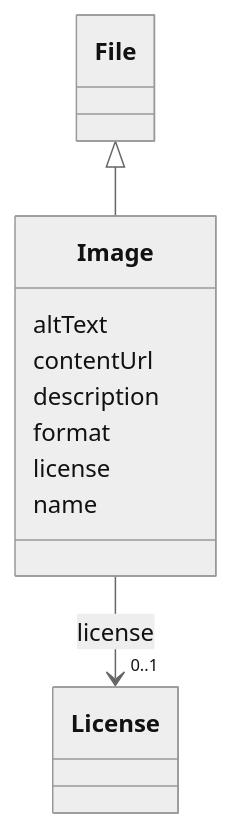
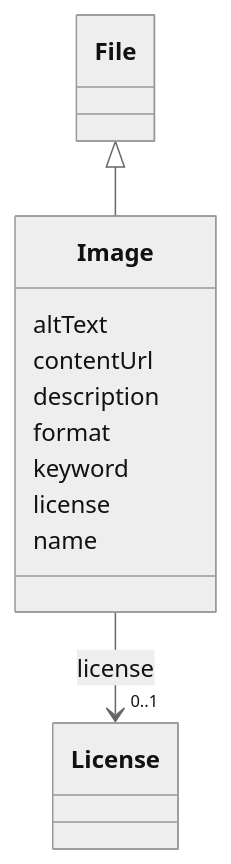
One commit to EVORA-project/evora-ontology changed the diagram in models/docs/Image.md. Above: the diagram before and after it, drawn with Mermaid (neutral theme). The commit also changed other lines of this file and 402 other files, not shown here.

````diff
--- a/models/docs/Image.md
+++ b/models/docs/Image.md
@@ -19,28 +19,30 @@
 ```mermaid
  classDiagram
     class Image
     click Image href "../Image"
       File <|-- Image
         click File href "../File"
       
       Image : altText
         
       Image : contentUrl
         
       Image : description
         
       Image : format
         
+      Image : keyword
+        
       Image : license
         
           
     
     
     Image --> "0..1" License : license
     click License href "../License"
 
         
       Image : name
         
       
 ```
````
